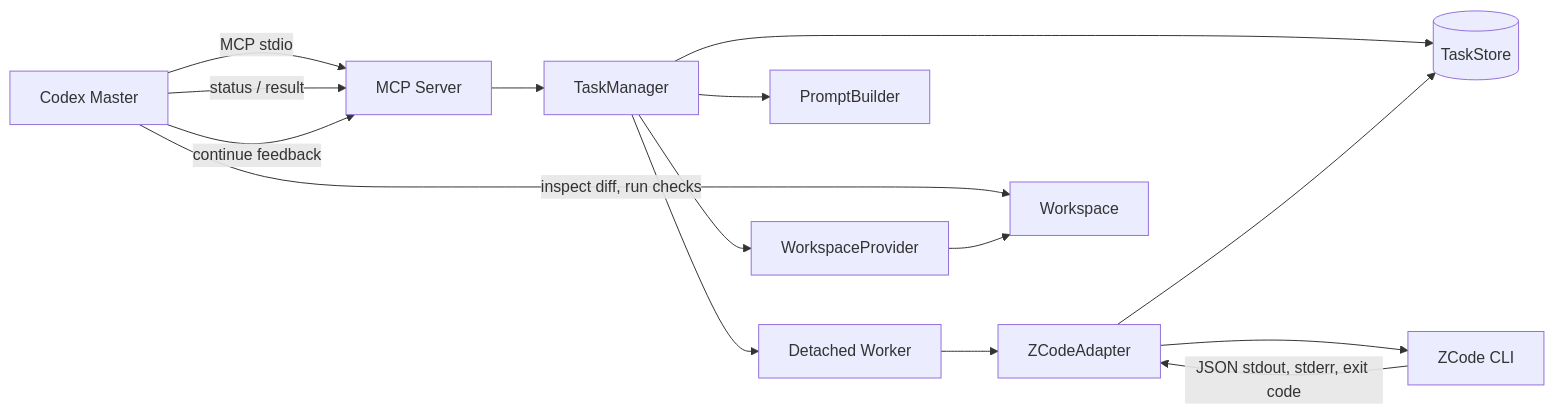
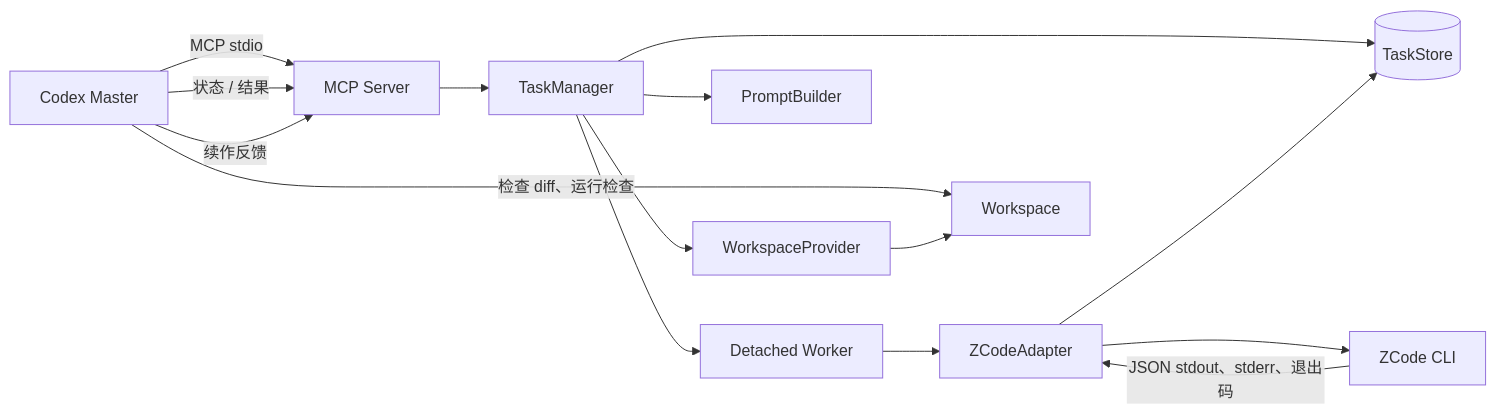
The first of 2 diagrams in docs/ARCHITECTURE.md (Sandyzzx/codex-zcode-bridge), drawn with Mermaid before and after one commit. The commit also changed other lines of this file and 64 other files, not shown here.

````diff
--- a/docs/ARCHITECTURE.md
+++ b/docs/ARCHITECTURE.md
@@ -31,17 +30,17 @@
 ```mermaid
 flowchart LR
     C[Codex Master] -->|MCP stdio| M[MCP Server]
     M --> T[TaskManager]
     T --> S[(TaskStore)]
     T --> W[WorkspaceProvider]
     T --> P[PromptBuilder]
     T --> X[Detached Worker]
     X --> A[ZCodeAdapter]
     A --> Z[ZCode CLI]
-    Z -->|JSON stdout, stderr, exit code| A
+    Z -->|JSON stdout、stderr、退出码| A
     A --> S
-    C -->|status / result| M
-    C -->|inspect diff, run checks| G[Workspace]
+    C -->|状态 / 结果| M
+    C -->|检查 diff、运行检查| G[Workspace]
     W --> G
-    C -->|continue feedback| M
+    C -->|续作反馈| M
 ```
````
